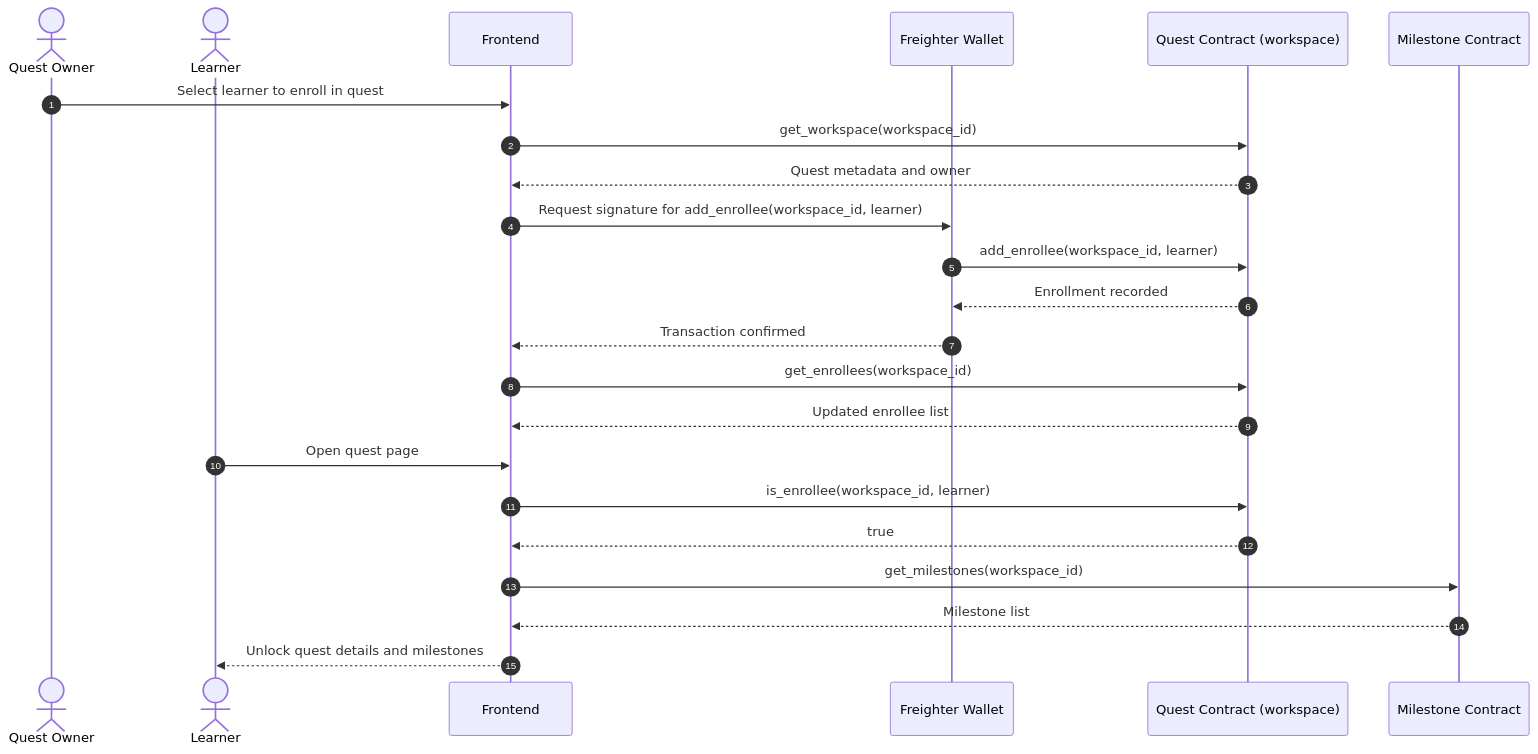
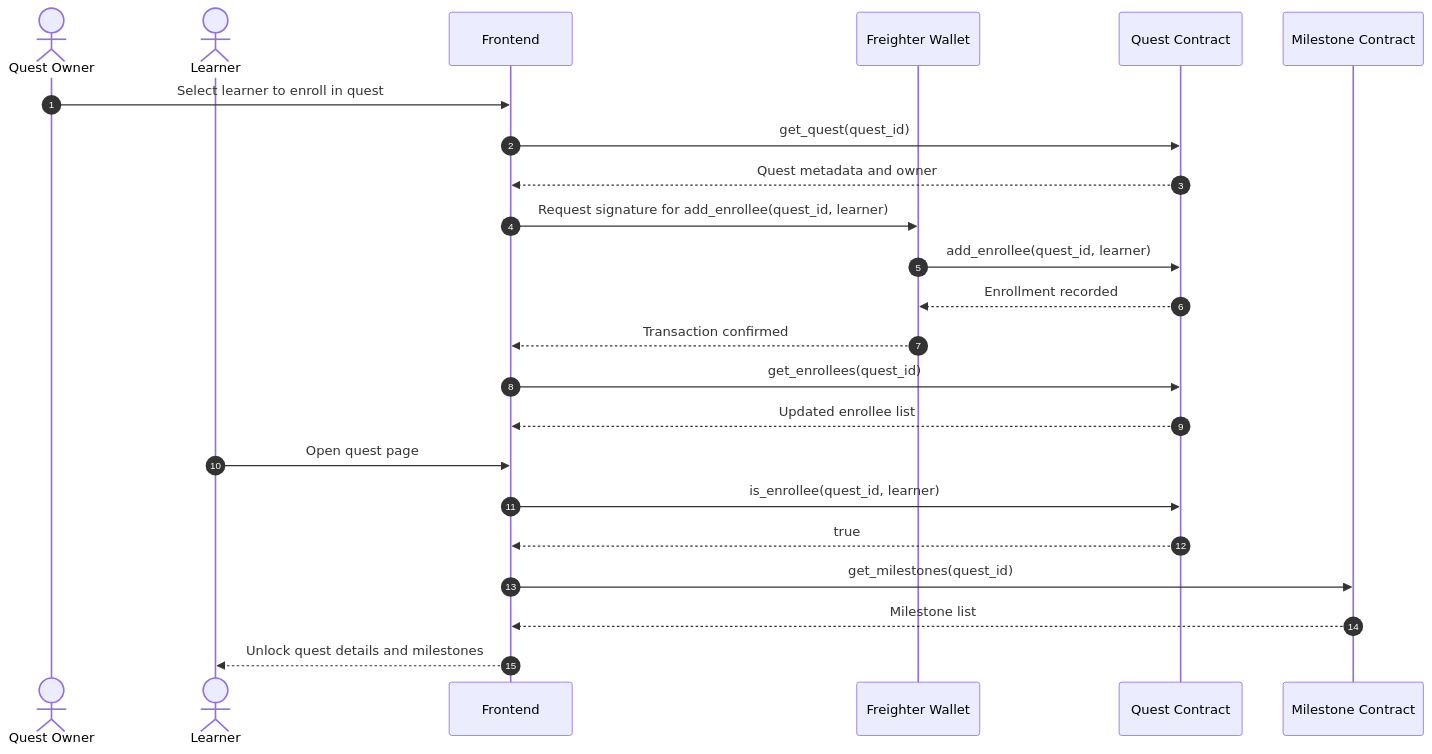
One commit to lernza/lernza changed the diagram in docs/enrollment-flow.md. Above: the diagram before and after it, drawn with Mermaid. The commit also changed 6 other files, not shown here.

First line of the commit message:
docs: update documentation to use quest terminology and fix flow diagrams

````diff
--- a/docs/enrollment-flow.md
+++ b/docs/enrollment-flow.md
@@ -5,27 +5,27 @@
 ```mermaid
 sequenceDiagram
     autonumber
     actor Owner as Quest Owner
     actor Learner as Learner
     participant FE as Frontend
     participant Wallet as Freighter Wallet
-    participant Quest as Quest Contract (workspace)
+    participant Quest as Quest Contract
     participant Milestone as Milestone Contract
 
     Owner->>FE: Select learner to enroll in quest
-    FE->>Quest: get_workspace(workspace_id)
+    FE->>Quest: get_quest(quest_id)
     Quest-->>FE: Quest metadata and owner
-    FE->>Wallet: Request signature for add_enrollee(workspace_id, learner)
-    Wallet->>Quest: add_enrollee(workspace_id, learner)
+    FE->>Wallet: Request signature for add_enrollee(quest_id, learner)
+    Wallet->>Quest: add_enrollee(quest_id, learner)
     Quest-->>Wallet: Enrollment recorded
     Wallet-->>FE: Transaction confirmed
-    FE->>Quest: get_enrollees(workspace_id)
+    FE->>Quest: get_enrollees(quest_id)
     Quest-->>FE: Updated enrollee list
 
     Learner->>FE: Open quest page
-    FE->>Quest: is_enrollee(workspace_id, learner)
+    FE->>Quest: is_enrollee(quest_id, learner)
     Quest-->>FE: true
-    FE->>Milestone: get_milestones(workspace_id)
+    FE->>Milestone: get_milestones(quest_id)
     Milestone-->>FE: Milestone list
     FE-->>Learner: Unlock quest details and milestones
 ```
````
